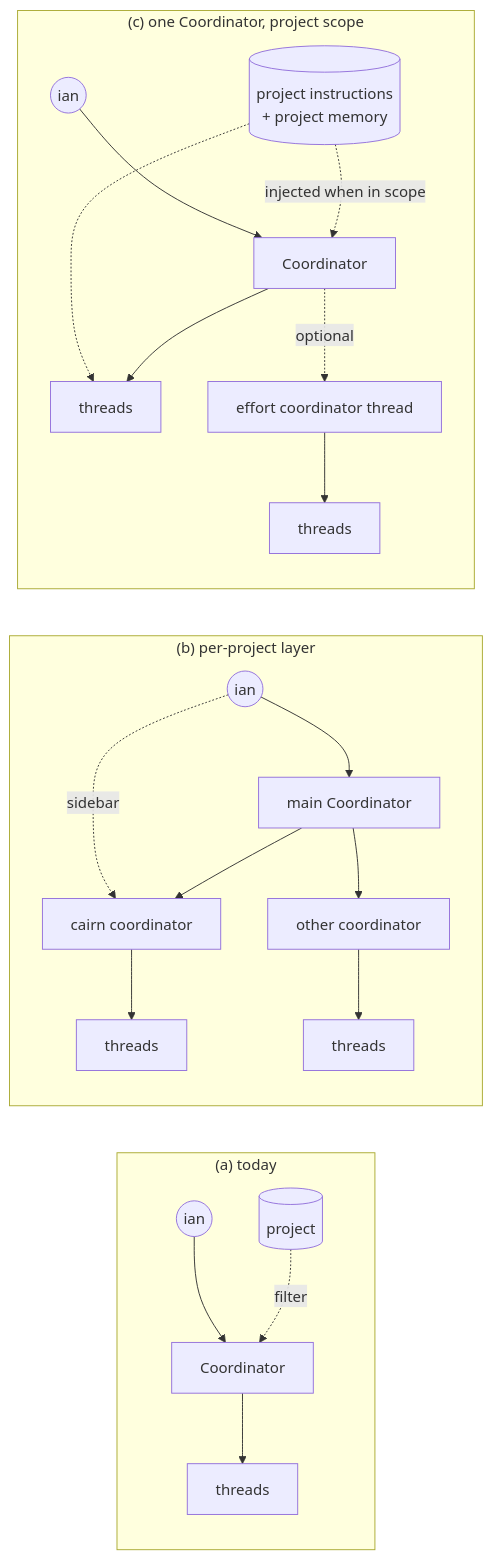
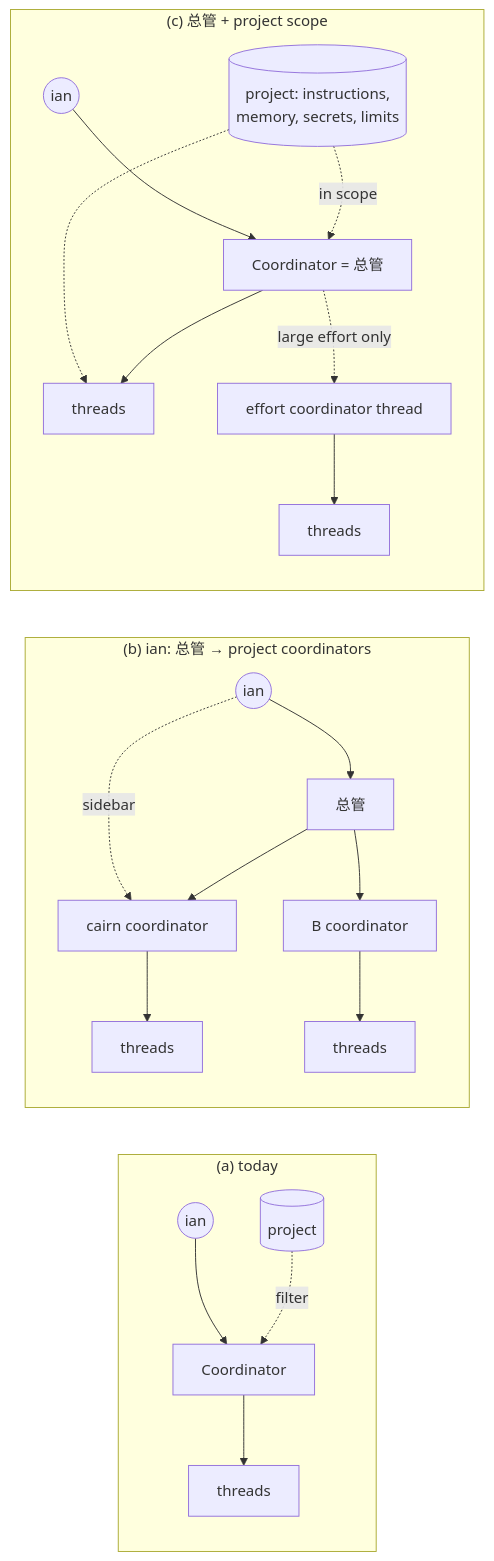
Before and after one commit to xiechimon/cairn: the third of 3 diagrams in docs/research/project-coordinators.md, drawn with Mermaid. The commit also changed other lines of this file and 1 other file, not shown here.

Commit message:
docs(research): super-agent over per-project coordinators, multi-project governance and a Claude Projects walk

````diff
--- a/docs/research/project-coordinators.md
+++ b/docs/research/project-coordinators.md
@@ -88,21 +125,21 @@
 ```mermaid
 flowchart LR
   subgraph a["(a) today"]
     ia((ian)) --> Ca[Coordinator] --> ta[threads]
     pa[(project)] -.filter.-> Ca
   end
-  subgraph b["(b) per-project layer"]
-    ib((ian)) --> Cb[main Coordinator]
-    Cb --> PC1[cairn coordinator] & PC2[other coordinator]
+  subgraph b["(b) ian: 总管 → project coordinators"]
+    ib((ian)) --> Sb[总管]
+    Sb --> PC1[cairn coordinator] & PC2[B coordinator]
     ib -.sidebar.-> PC1
     PC1 --> tb1[threads]
     PC2 --> tb2[threads]
   end
-  subgraph c["(c) one Coordinator, project scope"]
-    ic((ian)) --> Cc2[Coordinator]
-    pc[(project instructions<br/>+ project memory)] -.injected when in scope.-> Cc2
+  subgraph c["(c) 总管 + project scope"]
+    ic((ian)) --> Cc2[Coordinator = 总管]
+    pc[(project: instructions,<br/>memory, secrets, limits)] -.in scope.-> Cc2
     pc -.-> tc
     Cc2 --> tc[threads]
-    Cc2 -.optional.-> EC[effort coordinator thread] --> te[threads]
+    Cc2 -.large effort only.-> EC[effort coordinator thread] --> te[threads]
   end
 ```
````
